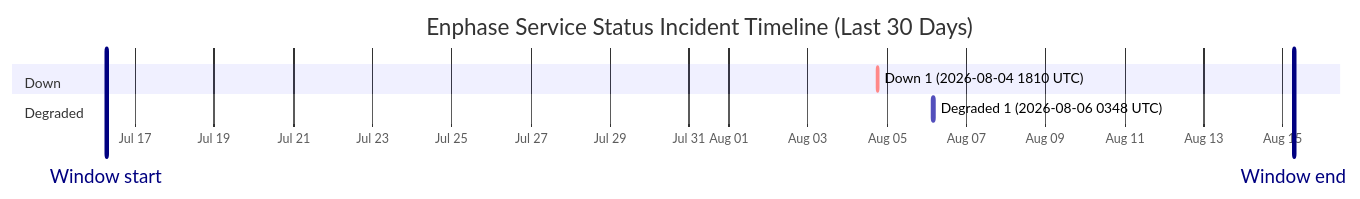
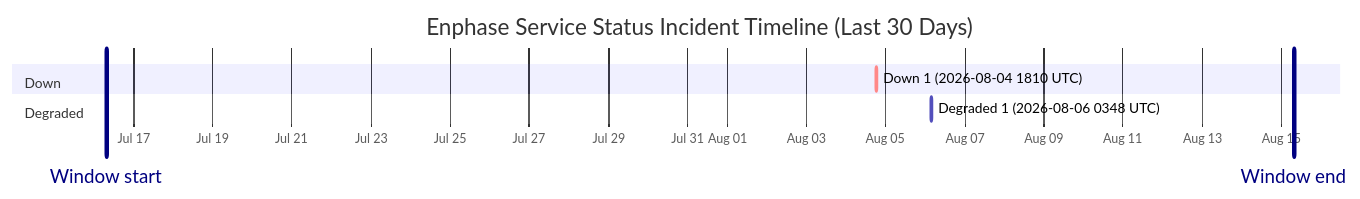
Before and after one commit to barneyonline/ha-enphase-energy: the diagram in wiki/Service-Status-History.md, drawn with Mermaid. The commit also changed other lines of this file and 3 other files, not shown here.

````diff
--- a/wiki/Service-Status-History.md
+++ b/wiki/Service-Status-History.md
@@ -14,12 +14,12 @@
 ```mermaid
 gantt
     title Enphase Service Status Incident Timeline (Last 30 Days)
     dateFormat  YYYY-MM-DDTHH:mm:ss
     axisFormat  %b %d
-    Window start :vert, window-start, 2026-07-16T06:34:38, 0ms
-    Window end :vert, window-end, 2026-08-15T06:34:38, 0ms
+    Window start :vert, window-start, 2026-07-16T07:28:37, 0ms
+    Window end :vert, window-end, 2026-08-15T07:28:37, 0ms
     section Down
     Down 1 (2026-08-04 1810 UTC) :crit, down-1, 2026-08-04T18:10:46, 60m
     section Degraded
     Degraded 1 (2026-08-06 0348 UTC) :active, degraded-1, 2026-08-06T03:48:14, 60m
 ```
````
